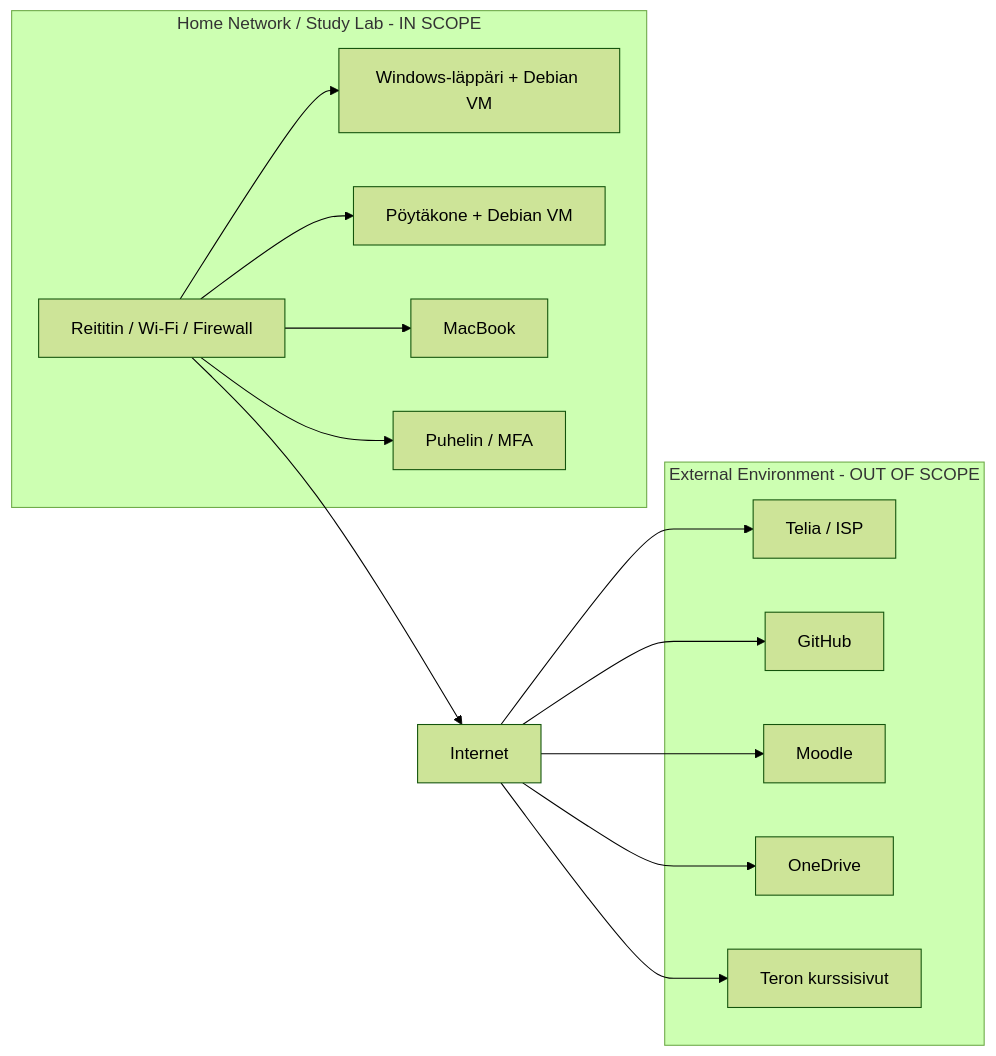
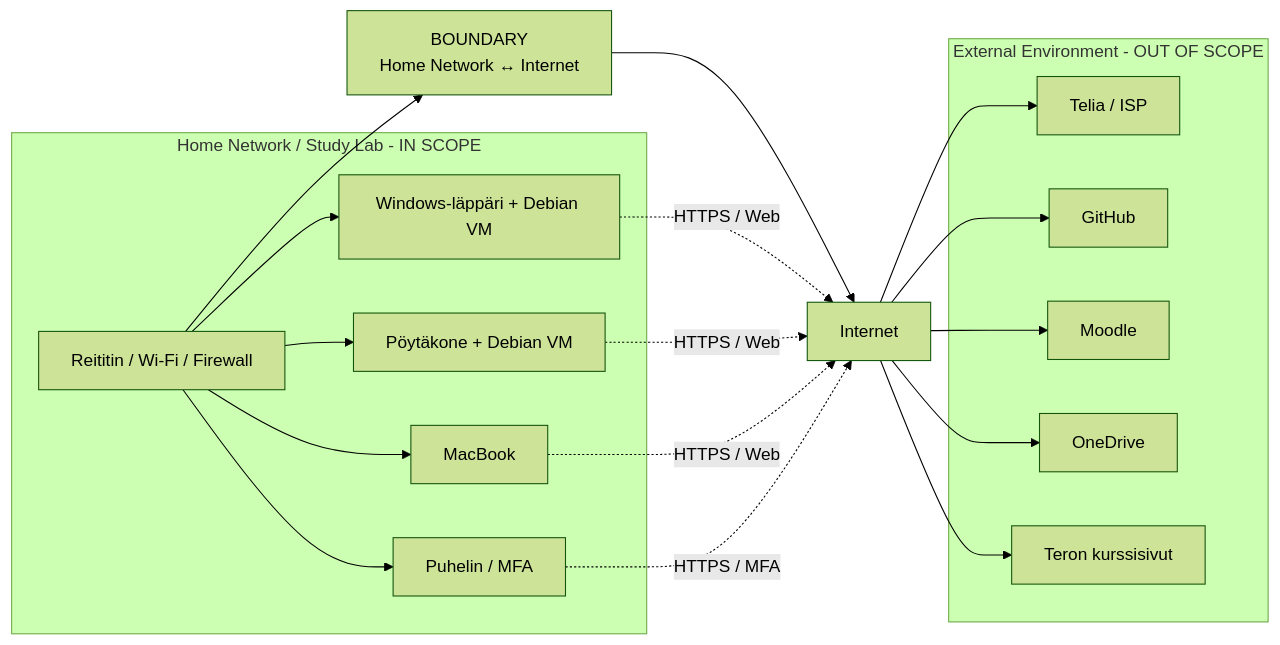
Before and after one commit to Ralchuu/sovellustenhakkerointi: the diagram in h1.md, drawn with Mermaid (forest theme).

````diff
--- a/h1.md
+++ b/h1.md
@@ -89,33 +89,41 @@
 ```mermaid
 flowchart LR
     subgraph IN["Home Network / Study Lab - IN SCOPE"]
         Router["Reititin / Wi-Fi / Firewall"]
         Laptop["Windows-läppäri + Debian VM"]
         Desktop["Pöytäkone + Debian VM"]
         Mac["MacBook"]
         Phone["Puhelin / MFA"]
 
         Router --> Laptop
         Router --> Desktop
         Router --> Mac
         Router --> Phone
     end
 
+    Boundary["BOUNDARY<br/>Home Network ↔ Internet"]
+
     Internet["Internet"]
 
     subgraph OUT["External Environment - OUT OF SCOPE"]
         ISP["Telia / ISP"]
         GitHub["GitHub"]
         Moodle["Moodle"]
         OneDrive["OneDrive"]
         Tero["Teron kurssisivut"]
     end
 
-    Router --> Internet
+    Router --> Boundary
+    Boundary --> Internet
+
     Internet --> ISP
     Internet --> GitHub
     Internet --> Moodle
     Internet --> OneDrive
     Internet --> Tero
 
+    Laptop -. "HTTPS / Web" .-> Internet
+    Desktop -. "HTTPS / Web" .-> Internet
+    Mac -. "HTTPS / Web" .-> Internet
+    Phone -. "HTTPS / MFA" .-> Internet
 ```
````
